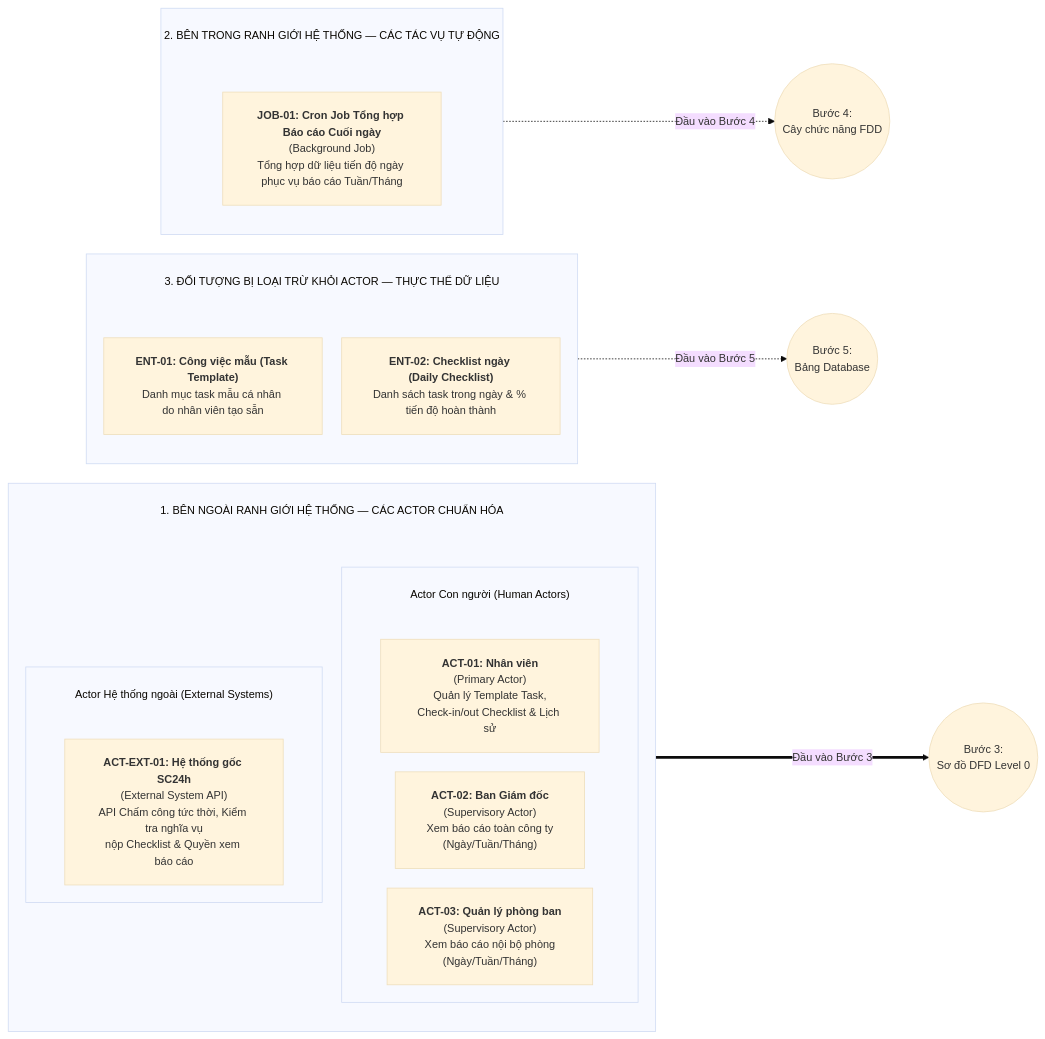
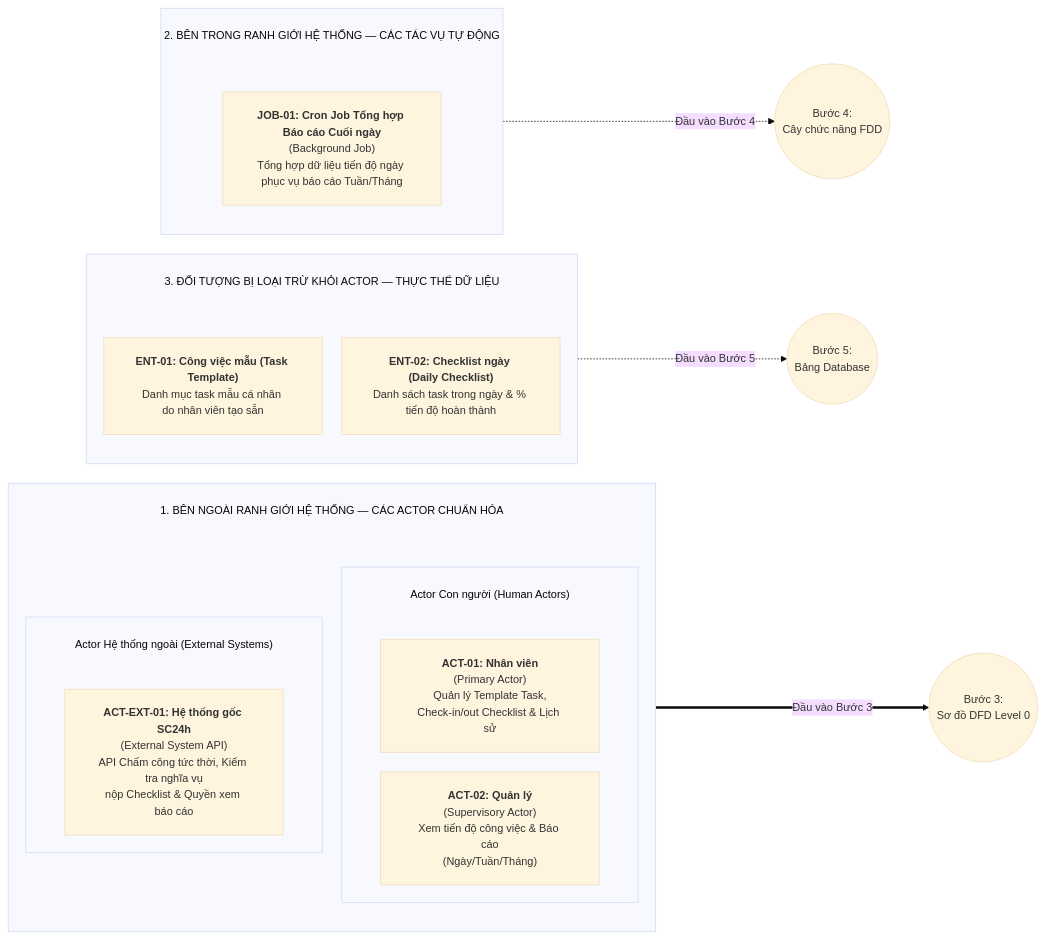
Before and after one commit to hungnm3112/project-timekeeper: the diagram in md/analysis/2-actor-identification.md, drawn with Mermaid. The commit also changed other lines of this file and 3 other files, not shown here.

````diff
--- a/md/analysis/2-actor-identification.md
+++ b/md/analysis/2-actor-identification.md
@@ -108,40 +106,39 @@
 ```mermaid
 %%{init: {
   'theme': 'base',
   'themeVariables': {
     'fontSize': '14px'
   },
   'flowchart': {
     'subGraphTitleMargin': { 'top': 25, 'bottom': 45 },
     'nodeSpacing': 25,
     'rankSpacing': 50,
     'padding': 20
   }
 }}%%
 flowchart LR
     subgraph K1["1. BÊN NGOÀI RANH GIỚI HỆ THỐNG — CÁC ACTOR CHUẨN HÓA"]
         direction TB
         subgraph HUM["Actor Con người (Human Actors)"]
             direction LR
             ACT01["<b>ACT-01: Nhân viên</b><br/>(Primary Actor)<br/>Quản lý Template Task,<br/>Check-in/out Checklist & Lịch sử"]
-            ACT02["<b>ACT-02: Ban Giám đốc</b><br/>(Supervisory Actor)<br/>Xem báo cáo toàn công ty<br/>(Ngày/Tuần/Tháng)"]
-            ACT03["<b>ACT-03: Quản lý phòng ban</b><br/>(Supervisory Actor)<br/>Xem báo cáo nội bộ phòng<br/>(Ngày/Tuần/Tháng)"]
+            ACT02["<b>ACT-02: Quản lý</b><br/>(Supervisory Actor)<br/>Xem tiến độ công việc & Báo cáo<br/>(Ngày/Tuần/Tháng)"]
         end
         subgraph SYS_EXT["Actor Hệ thống ngoài (External Systems)"]
             EXT01["<b>ACT-EXT-01: Hệ thống gốc SC24h</b><br/>(External System API)<br/>API Chấm công tức thời, Kiểm tra nghĩa vụ<br/>nộp Checklist & Quyền xem báo cáo"]
         end
     end
 
     subgraph K2["2. BÊN TRONG RANH GIỚI HỆ THỐNG — CÁC TÁC VỤ TỰ ĐỘNG"]
         JOB01["<b>JOB-01: Cron Job Tổng hợp Báo cáo Cuối ngày</b><br/>(Background Job)<br/>Tổng hợp dữ liệu tiến độ ngày phục vụ báo cáo Tuần/Tháng"]
     end
 
     subgraph K3["3. ĐỐI TƯỢNG BỊ LOẠI TRỪ KHỎI ACTOR — THỰC THỂ DỮ LIỆU"]
         ENT01["<b>ENT-01: Công việc mẫu (Task Template)</b><br/>Danh mục task mẫu cá nhân do nhân viên tạo sẵn"]
         ENT02["<b>ENT-02: Checklist ngày (Daily Checklist)</b><br/>Danh sách task trong ngày & % tiến độ hoàn thành"]
     end
 
     K1 ===>|"Đầu vào Bước 3"| B3(("Bước 3:<br/>Sơ đồ DFD Level 0"))
     K2 -.->|"Đầu vào Bước 4"| B4(("Bước 4:<br/>Cây chức năng FDD"))
     K3 -.->|"Đầu vào Bước 5"| B5(("Bước 5:<br/>Bảng Database"))
 ```
````
